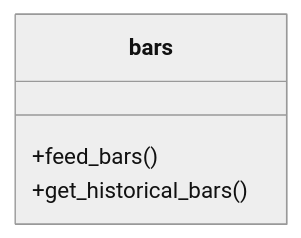
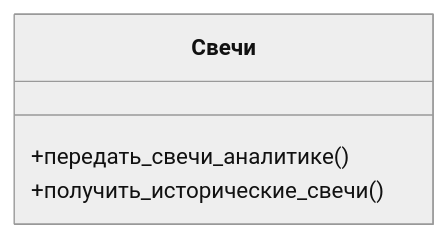
Before and after one commit to Marat22/MiriadRobotDocs: the third of 11 diagrams in controller-logic.md, drawn with Mermaid (neutral theme). The commit also changed other lines of this file, not shown here.

````diff
--- a/controller-logic.md
+++ b/controller-logic.md
@@ -104,9 +115,9 @@
 ```mermaid
 classDiagram
 
-  class bars{
-    +feed_bars()
-    +get_historical_bars()
+  class Свечи{
+    +передать_свечи_аналитике()
+    +получить_исторические_свечи()
   }
 
 ```
````
